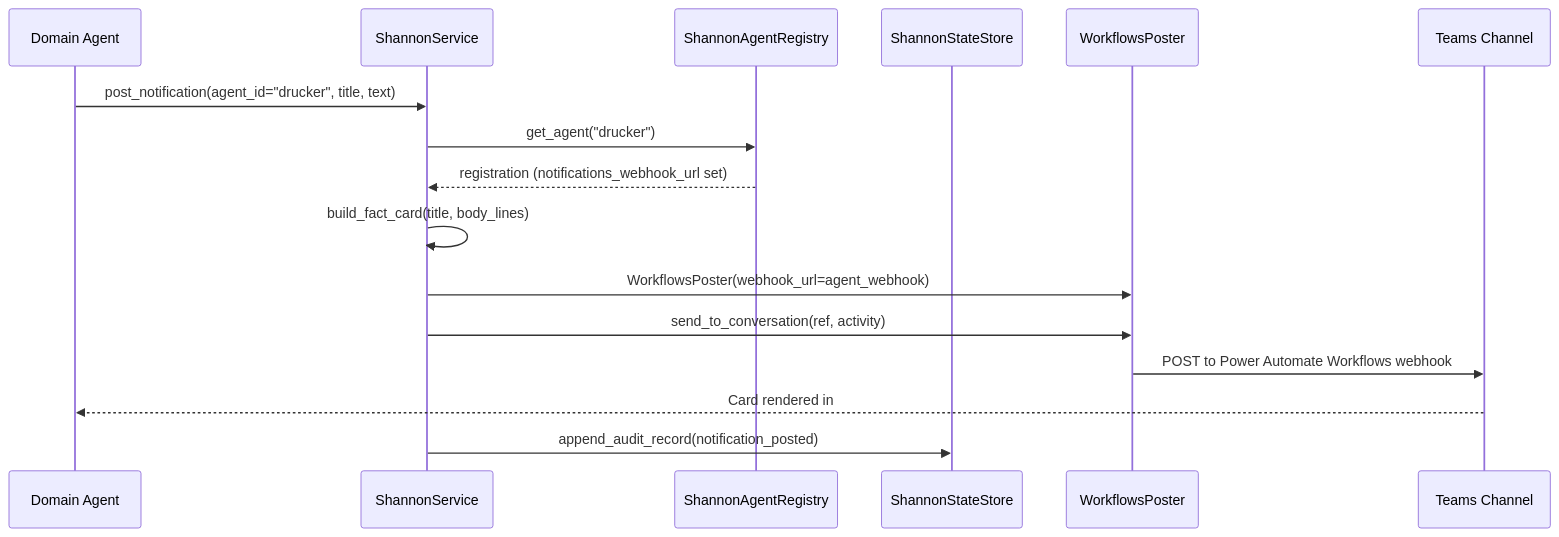
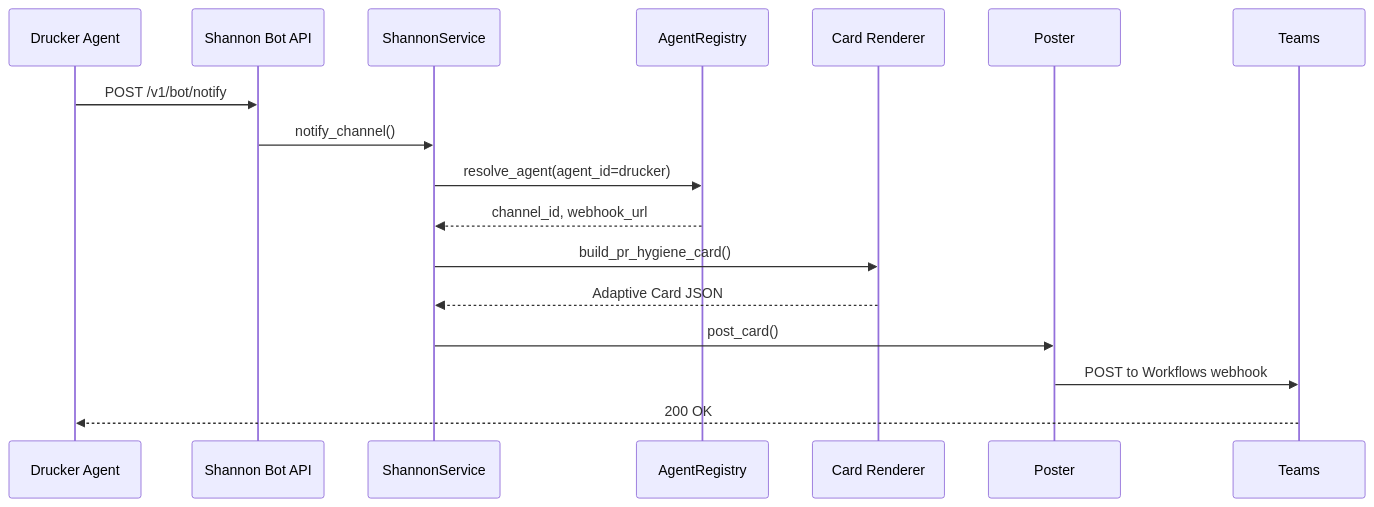
The third of 4 diagrams in agents/shannon/docs/as-built.md (jmac-cornelis/agent-workforce), drawn with Mermaid before and after one commit. The commit also changed other lines of this file and 6 other files, not shown here.

````diff
--- a/agents/shannon/docs/as-built.md
+++ b/agents/shannon/docs/as-built.md
@@ -134,19 +106,20 @@
 ```mermaid
 sequenceDiagram
-    participant A as Domain Agent
+    participant DRUG as Drucker Agent
+    participant API as Shannon Bot API
     participant SVC as ShannonService
-    participant REG as ShannonAgentRegistry
-    participant SS as ShannonStateStore
-    participant WP as WorkflowsPoster
-    participant T as Teams Channel
+    participant REG as AgentRegistry
+    participant CARD as Card Renderer
+    participant POST as Poster
+    participant T as Teams
 
-    A->>SVC: post_notification(agent_id="drucker", title, text)
-    SVC->>REG: get_agent("drucker")
-    REG-->>SVC: registration (notifications_webhook_url set)
-    SVC->>SVC: build_fact_card(title, body_lines)
-    SVC->>WP: WorkflowsPoster(webhook_url=agent_webhook)
-    SVC->>WP: send_to_conversation(ref, activity)
-    WP->>T: POST to Power Automate Workflows webhook
-    T-->>A: Card rendered in #agent-drucker
-    SVC->>SS: append_audit_record(notification_posted)
+    DRUG->>API: POST /v1/bot/notify
+    API->>SVC: notify_channel()
+    SVC->>REG: resolve_agent(agent_id=drucker)
+    REG-->>SVC: channel_id, webhook_url
+    SVC->>CARD: build_pr_hygiene_card()
+    CARD-->>SVC: Adaptive Card JSON
+    SVC->>POST: post_card()
+    POST->>T: POST to Workflows webhook
+    T-->>DRUG: 200 OK
 ```
````
